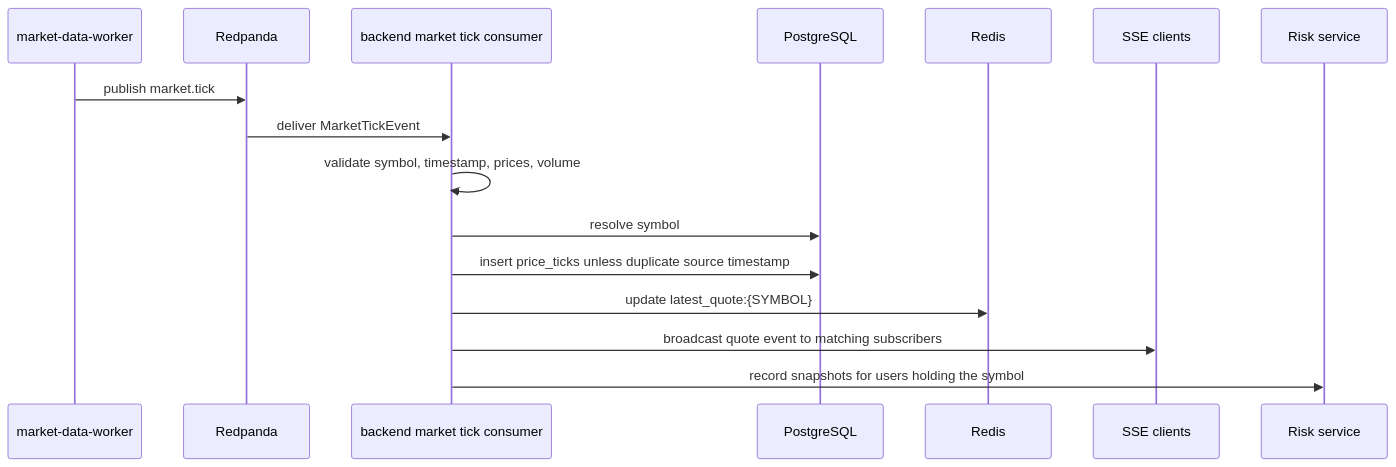
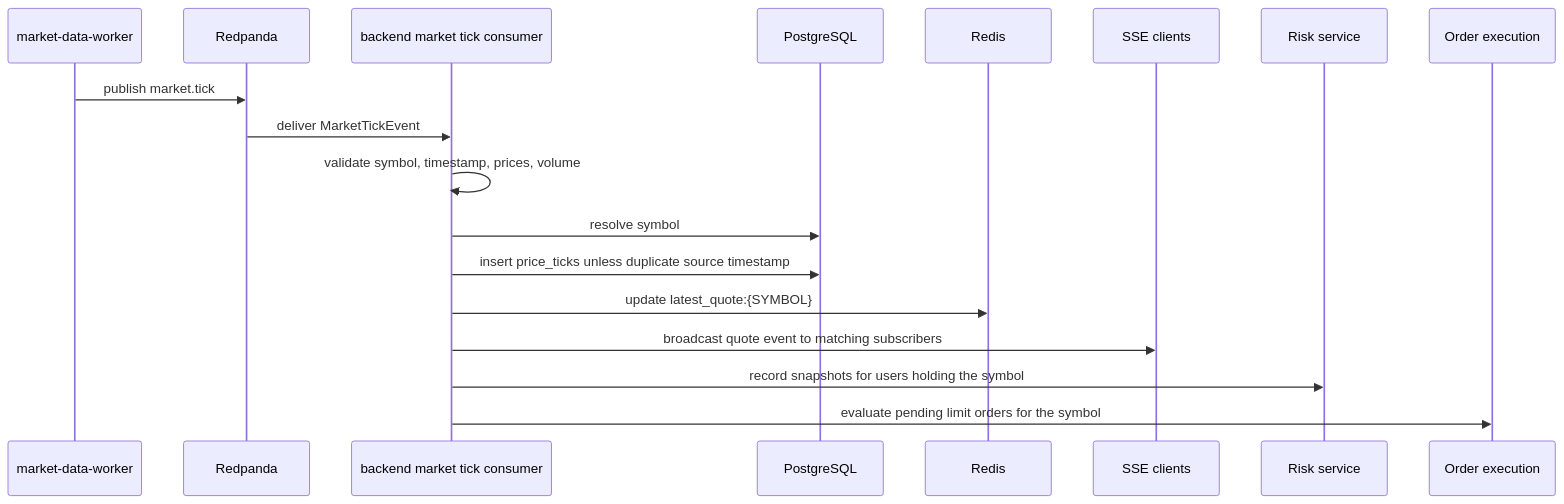
The second of 4 diagrams in docs/architecture.md (rehani1/LedgerStream), drawn with Mermaid before and after one commit. The commit also changed other lines of this file and 12 other files, not shown here.

Commit message:
Add limit orders

````diff
--- a/docs/architecture.md
+++ b/docs/architecture.md
@@ -39,19 +39,21 @@
 ```mermaid
 sequenceDiagram
   participant Worker as market-data-worker
   participant Stream as Redpanda
   participant Backend as backend market tick consumer
   participant DB as PostgreSQL
   participant Cache as Redis
   participant SSE as SSE clients
   participant Risk as Risk service
+  participant Orders as Order execution
 
   Worker->>Stream: publish market.tick
   Stream->>Backend: deliver MarketTickEvent
   Backend->>Backend: validate symbol, timestamp, prices, volume
   Backend->>DB: resolve symbol
   Backend->>DB: insert price_ticks unless duplicate source timestamp
   Backend->>Cache: update latest_quote:{SYMBOL}
   Backend->>SSE: broadcast quote event to matching subscribers
   Backend->>Risk: record snapshots for users holding the symbol
+  Backend->>Orders: evaluate pending limit orders for the symbol
 ```
````
